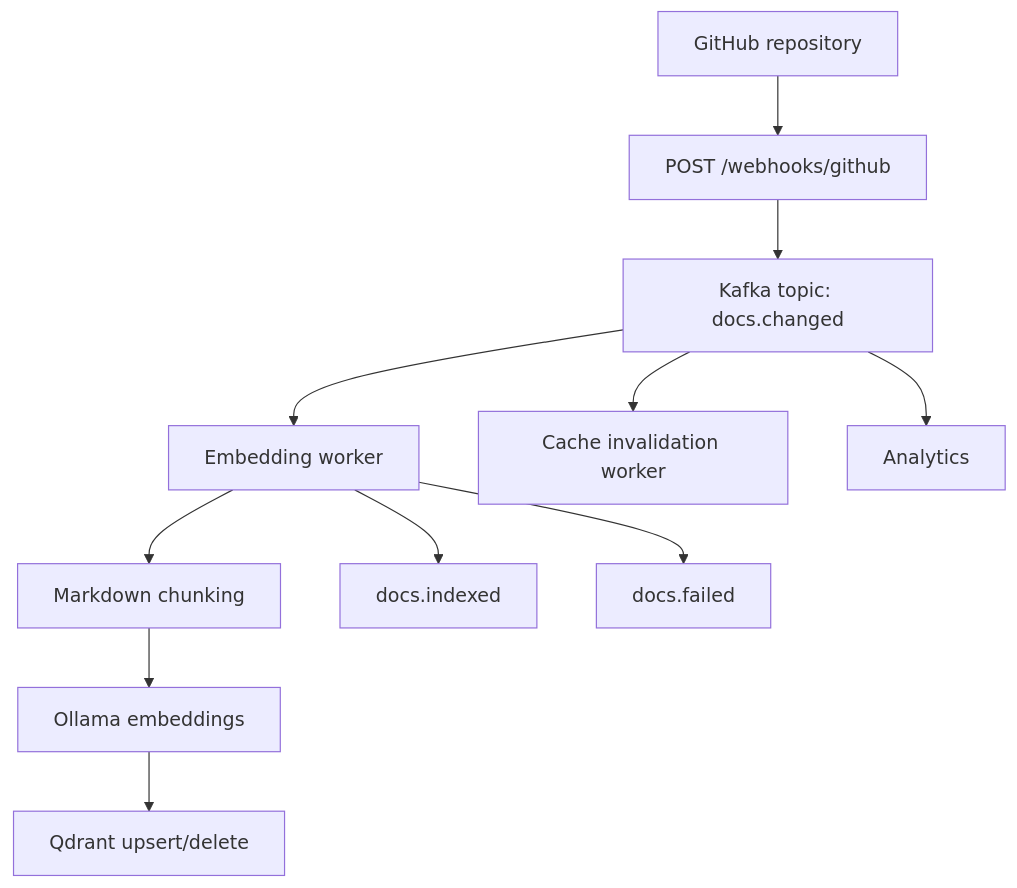
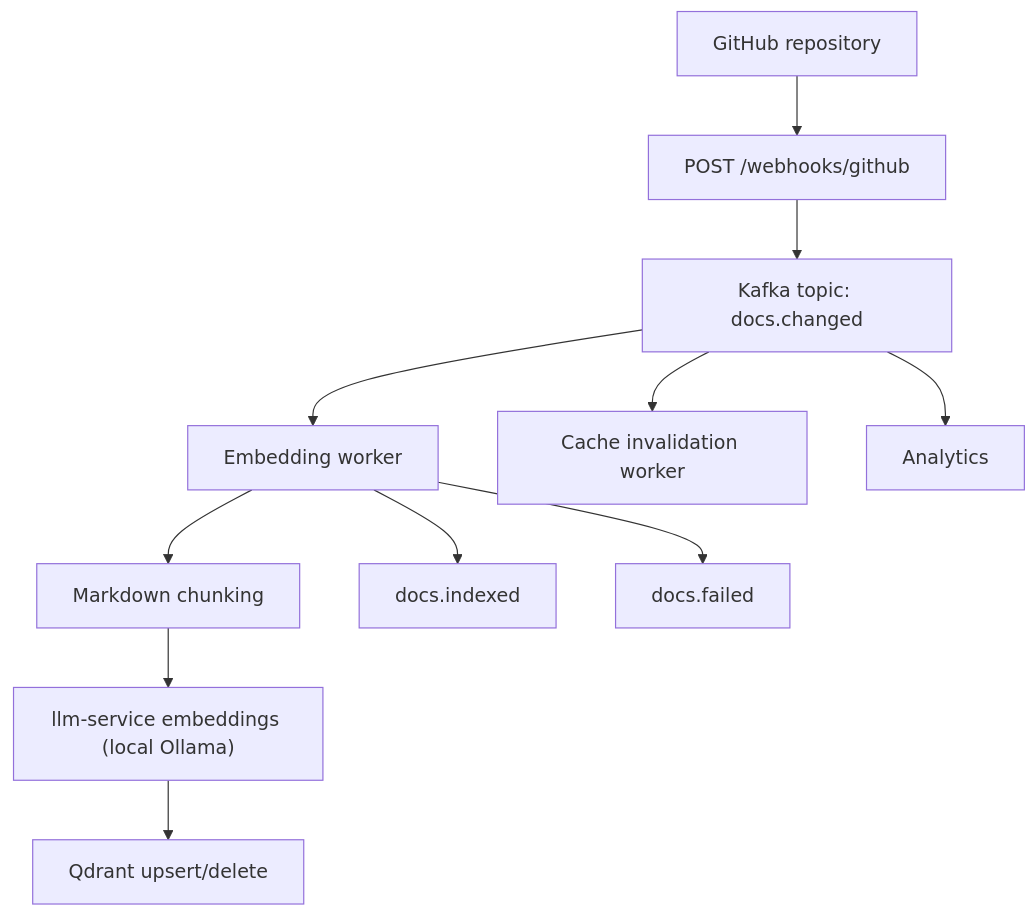
The first of 2 diagrams in docs/github-doc-sync.md (sameeralam3127/llm-dev-kit), drawn with Mermaid before and after one commit. The commit also changed other lines of this file and 91 other files, not shown here.

````diff
--- a/docs/github-doc-sync.md
+++ b/docs/github-doc-sync.md
@@ -5,13 +5,13 @@
 ```mermaid
 flowchart TD
     GH["GitHub repository"] --> WH["POST /webhooks/github"]
     WH --> K["Kafka topic: docs.changed"]
     K --> EW["Embedding worker"]
     K --> CW["Cache invalidation worker"]
     K --> AN["Analytics"]
     EW --> CH["Markdown chunking"]
-    CH --> EM["Ollama embeddings"]
+    CH --> EM["llm-service embeddings (local Ollama)"]
     EM --> Q["Qdrant upsert/delete"]
     EW --> IDX["docs.indexed"]
     EW --> FAIL["docs.failed"]
 ```
````
